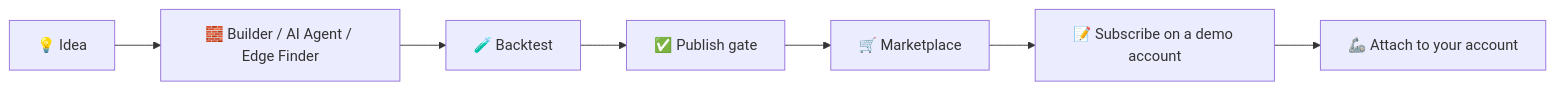
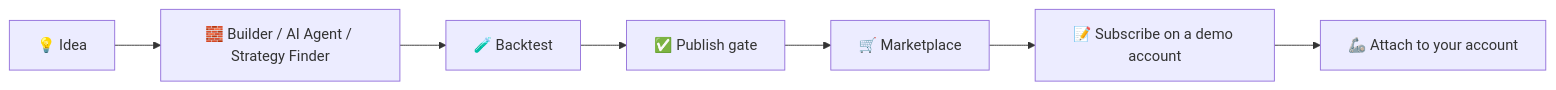
The diagram in usecase-build-strategy.md (formionai/docs), drawn with Mermaid before and after one commit. The commit also changed other lines of this file and 73 other files, not shown here.

First line of the commit message:
Docs polish v2: 15 animated explainer clips, Bots hub shows only running bots, Strategy Finder name, Trading Audit limits

````diff
--- a/usecase-build-strategy.md
+++ b/usecase-build-strategy.md
@@ -9,9 +9,9 @@
 ```mermaid
 flowchart LR
-  I["💡 Idea"] --> B["🧱 Builder / AI Agent / Edge Finder"]
+  I["💡 Idea"] --> B["🧱 Builder / AI Agent / Strategy Finder"]
   B --> T["🧪 Backtest"]
   T --> G["✅ Publish gate"]
   G --> M["🛒 Marketplace"]
   M --> P["📝 Subscribe on a demo account"]
   P --> R["🦾 Attach to your account"]
 ```
````
